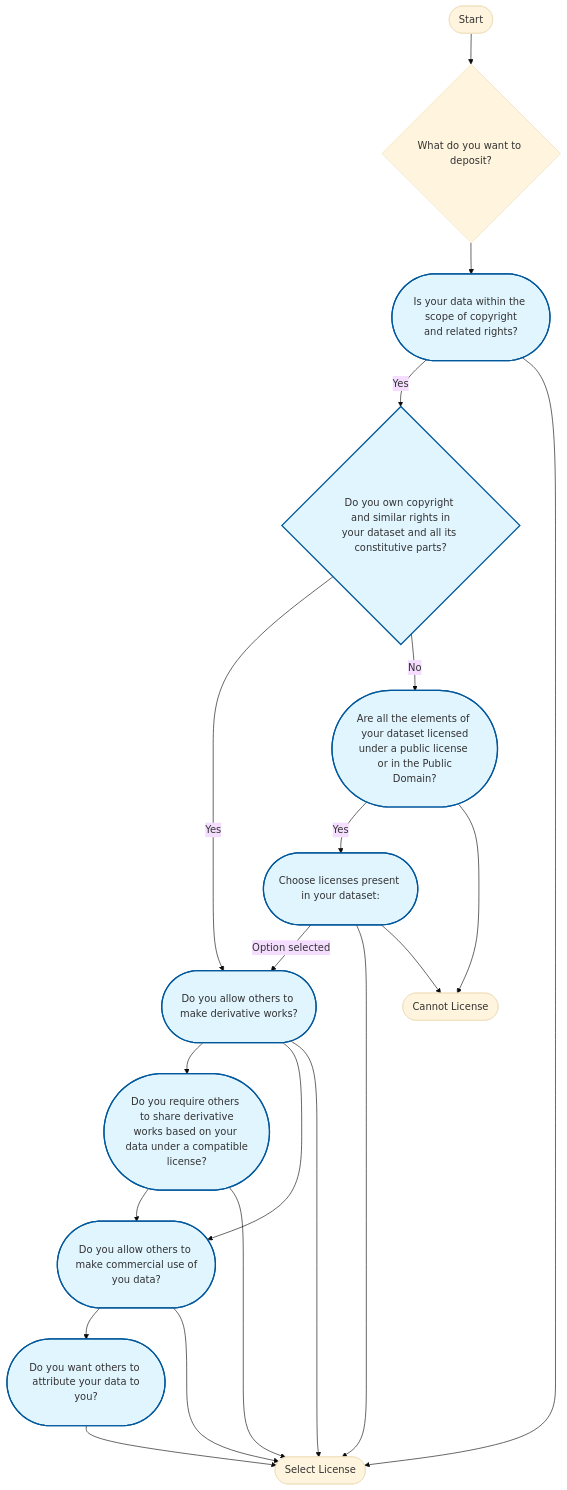
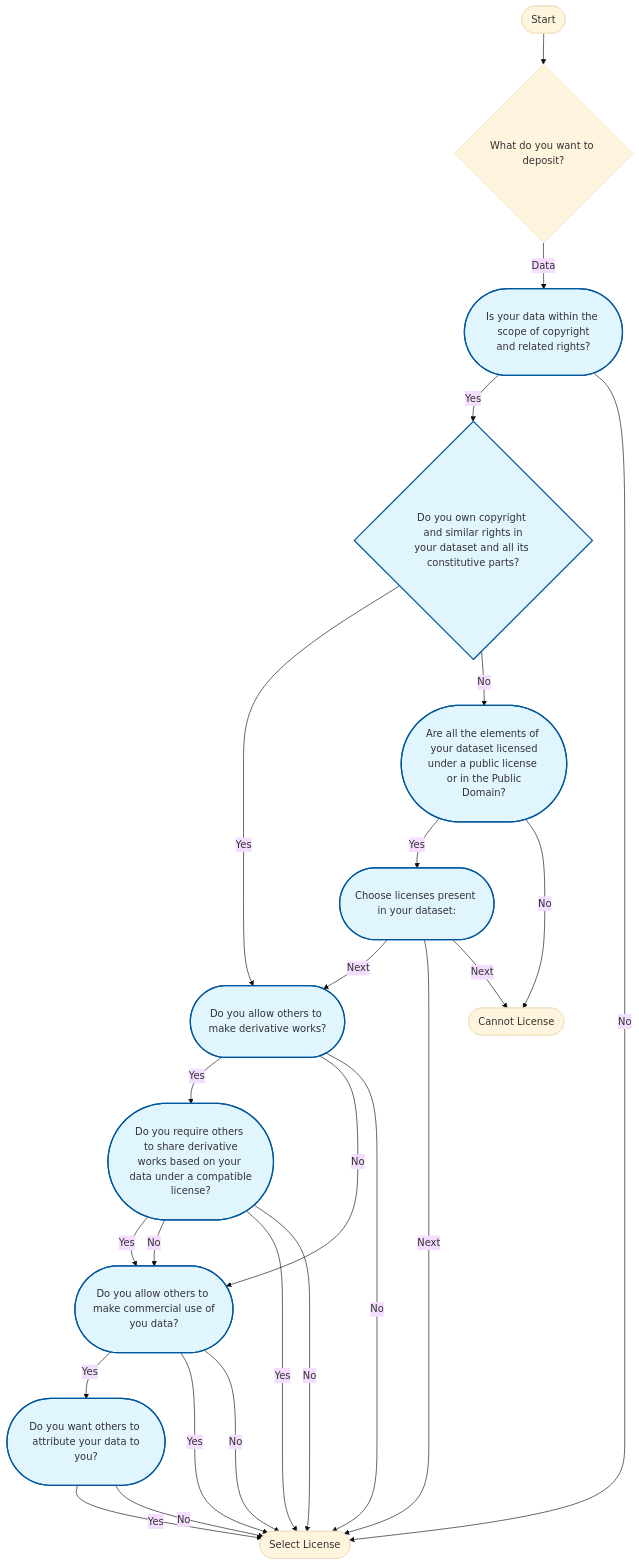
Before and after one commit to kosarko/public-license-selector: the second of 3 diagrams in docs/state-graph.md, drawn with Mermaid. The commit also changed other lines of this file and 1 other file, not shown here.

````diff
--- a/docs/state-graph.md
+++ b/docs/state-graph.md
@@ -91,55 +97,59 @@
 ```mermaid
 %%{init: {'theme':'base', 'themeVariables': { 'fontSize':'16px'}, 'flowchart':{'curve':'basis', 'padding':20}}}%%
 flowchart TD
     Start([Start]) --> KindOfContent
 
     KindOfContent{"What do you want to deposit?"}
     DataCopyrightable(["Is your data within the scope of copyright
 and related rights?"])
     class DataCopyrightable dataPath
     OwnIPR{"Do you own copyright and similar rights in
 your dataset and all its constitutive parts?"}
     class OwnIPR dataPath
     AllowDerivativeWorks(["Do you allow others to make derivative works?"])
     class AllowDerivativeWorks dataPath
     ShareAlike(["Do you require others to share derivative
 works based on your data under a compatible
 license?"])
     class ShareAlike dataPath
     CommercialUse(["Do you allow others to make commercial use of
 you data?"])
     class CommercialUse dataPath
     DecideAttribute(["Do you want others to attribute your data to
 you?"])
     class DecideAttribute dataPath
     EnsureLicensing(["Are all the elements of your dataset licensed
 under a public license or in the Public
 Domain?"])
     class EnsureLicensing dataPath
     LicenseInteropData(["Choose licenses present in your dataset:"])
     class LicenseInteropData dataPath
 
-    KindOfContent -->DataCopyrightable
+    KindOfContent -->|"Data"| DataCopyrightable
     DataCopyrightable -->|"Yes"| OwnIPR
     OwnIPR -->|"Yes"| AllowDerivativeWorks
     OwnIPR -->|"No"| EnsureLicensing
-    AllowDerivativeWorks -->ShareAlike
-    AllowDerivativeWorks -->CommercialUse
-    ShareAlike -->CommercialUse
-    CommercialUse -->DecideAttribute
+    AllowDerivativeWorks -->|"Yes"| ShareAlike
+    AllowDerivativeWorks -->|"No"| CommercialUse
+    ShareAlike -->|"Yes"| CommercialUse
+    ShareAlike -->|"No"| CommercialUse
+    CommercialUse -->|"Yes"| DecideAttribute
     EnsureLicensing -->|"Yes"| LicenseInteropData
-    LicenseInteropData -->|"Option selected"| AllowDerivativeWorks
-    DataCopyrightable --> End([Select License])
-    AllowDerivativeWorks --> End([Select License])
-    ShareAlike --> End([Select License])
-    CommercialUse --> End([Select License])
-    DecideAttribute --> End([Select License])
-    LicenseInteropData --> End([Select License])
-    EnsureLicensing --> Error([Cannot License])
-    LicenseInteropData --> Error([Cannot License])
+    LicenseInteropData -->|"Next"| AllowDerivativeWorks
+    DataCopyrightable -->|"No"| End([Select License])
+    AllowDerivativeWorks -->|"No"| End([Select License])
+    ShareAlike -->|"Yes"| End([Select License])
+    ShareAlike -->|"No"| End([Select License])
+    CommercialUse -->|"Yes"| End([Select License])
+    CommercialUse -->|"No"| End([Select License])
+    DecideAttribute -->|"Yes"| End([Select License])
+    DecideAttribute -->|"No"| End([Select License])
+    LicenseInteropData -->|"Next"| End([Select License])
+    EnsureLicensing -->|"No"| Error([Cannot License])
+    LicenseInteropData -->|"Next"| Error([Cannot License])
 
     classDef dataPath fill:#e1f5ff,stroke:#01579b,stroke-width:2px,padding:15px,min-width:250px
     classDef softwarePath fill:#f3e5f5,stroke:#4a148c,stroke-width:2px,padding:15px,min-width:250px
     classDef terminalNode fill:#c8e6c9,stroke:#2e7d32,stroke-width:3px,padding:15px
     classDef errorNode fill:#ffcdd2,stroke:#c62828,stroke-width:3px,padding:15px
 ```
````
